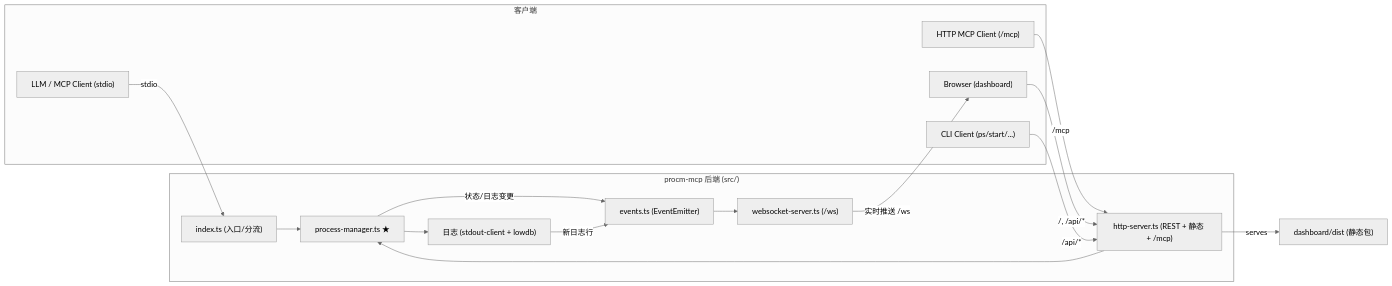
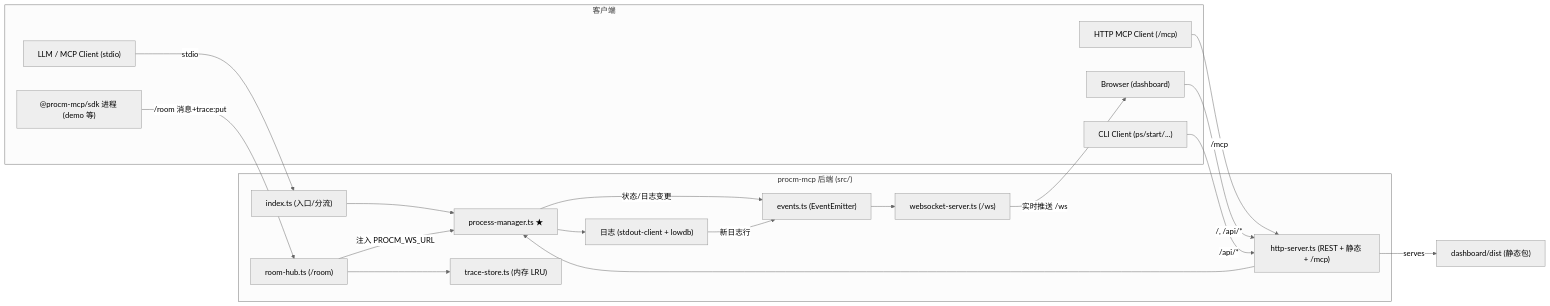
The diagram in CLAUDE.md (hunmer/procm-mcp), drawn with Mermaid (neutral theme) before and after one commit. The commit also changed other lines of this file and 58 other files, not shown here.

````diff
--- a/CLAUDE.md
+++ b/CLAUDE.md
@@ -42,31 +45,37 @@
 ```mermaid
 flowchart LR
   subgraph 客户端
     LLM["LLM / MCP Client (stdio)"]
     HTTPC["HTTP MCP Client (/mcp)"]
     CLI["CLI Client (ps/start/...)"]
     BR["Browser (dashboard)"]
+    SDK["@procm-mcp/sdk 进程 (demo 等)"]
   end
   subgraph 后端["procm-mcp 后端 (src/)"]
     IDX["index.ts (入口/分流)"]
     PM["process-manager.ts ★"]
     LOG["日志 (stdout-client + lowdb)"]
+    ROOM["room-hub.ts (/room)"]
+    TRACE["trace-store.ts (内存 LRU)"]
     HTTP["http-server.ts (REST + 静态 + /mcp)"]
     EVT["events.ts (EventEmitter)"]
     WS["websocket-server.ts (/ws)"]
   end
   DASH["dashboard/dist (静态包)"]
 
   LLM -- stdio --> IDX
   IDX --> PM
   HTTPC -- "/mcp" --> HTTP
   BR -- "/, /api/*" --> HTTP
   CLI -- "/api/*" --> HTTP
   HTTP --> PM
   PM --> LOG
   PM -- "状态/日志变更" --> EVT
   LOG -- "新日志行" --> EVT
   EVT --> WS
   WS -- "实时推送 /ws" --> BR
   HTTP -- serves --> DASH
+  SDK -- "/room 消息+trace:put" --> ROOM
+  ROOM --> TRACE
+  ROOM -- "注入 PROCM_WS_URL" --> PM
 ```
````
